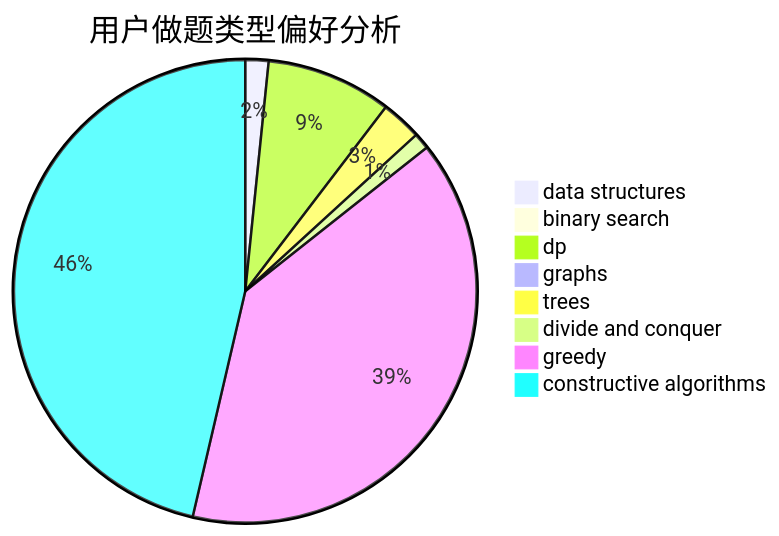
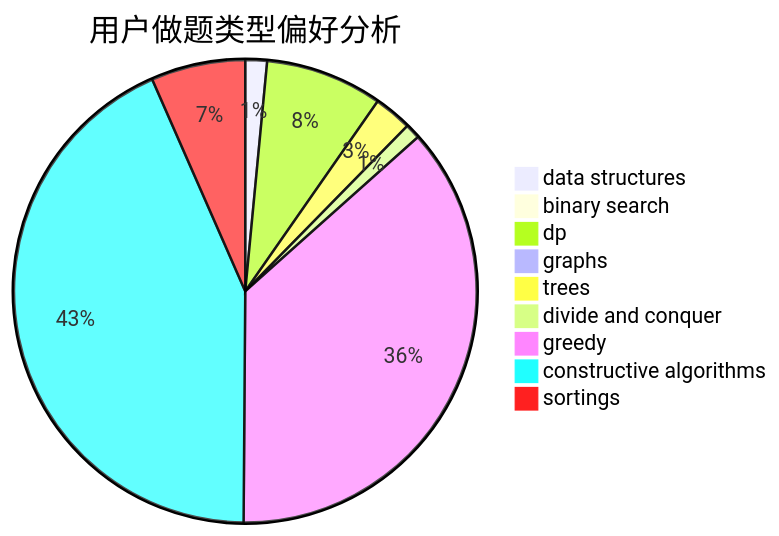
Before and after one commit to sherpahu/cfrs.github.io: the second of 3 diagrams in docs/user/u2058.md, drawn with Mermaid. The commit also changed other lines of this file and 2769 other files, not shown here.

````diff
--- a/docs/user/u2058.md
+++ b/docs/user/u2058.md
@@ -23,11 +18,12 @@
 ```mermaid
 pie title 用户做题类型偏好分析
     "data structures" :  20
     "binary search" :  6
     "dp" :  108
     "graphs" :  11
     "trees" :  35
     "divide and conquer" :  14
     "greedy" :  485
     "constructive algorithms" :  572
+    "sortings" :  87
 ```
````
